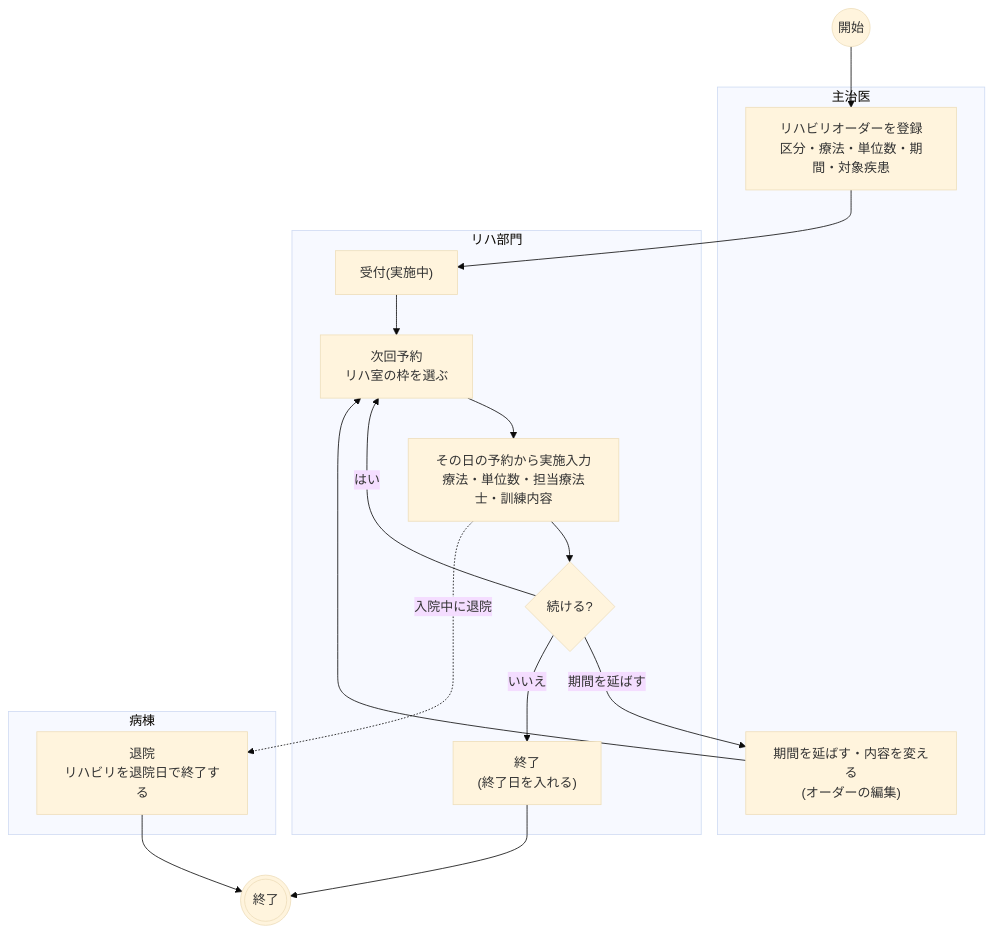
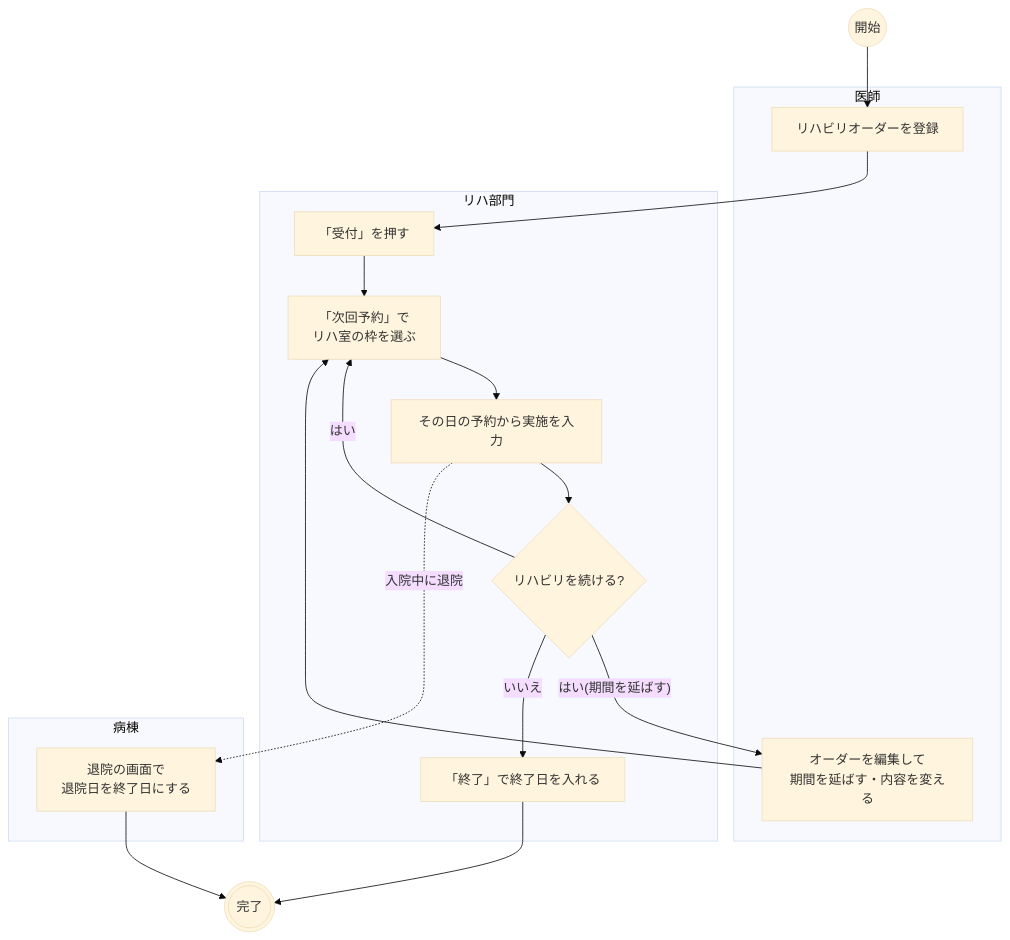
Before and after one commit to ysnr-dev/fhir-client-docs: the first of 5 diagrams in docs/flows/rehab.md, drawn with Mermaid (base theme). The commit also changed other lines of this file and 43 other files, not shown here.

Commit message:
docs: 業務フローとシーケンス図を写し直し

````diff
--- a/docs/flows/rehab.md
+++ b/docs/flows/rehab.md
@@ -43,28 +19,28 @@
 ```mermaid
 flowchart TD
   start(("開始"))
-  finish((("終了")))
+  finish((("完了")))
 
-  subgraph doctor["主治医"]
-    order["リハビリオーダーを登録<br/>区分・療法・単位数・期間・対象疾患"]
-    edit["期間を延ばす・内容を変える<br/>(オーダーの編集)"]
+  subgraph doctor["医師"]
+    order["リハビリオーダーを登録"]
+    edit["オーダーを編集して<br/>期間を延ばす・内容を変える"]
   end
 
   subgraph dept["リハ部門"]
-    accept["受付(実施中)"]
-    book["次回予約<br/>リハ室の枠を選ぶ"]
-    day["その日の予約から実施入力<br/>療法・単位数・担当療法士・訓練内容"]
-    more{"続ける?"}
-    close["終了<br/>(終了日を入れる)"]
+    accept["「受付」を押す"]
+    book["「次回予約」で<br/>リハ室の枠を選ぶ"]
+    day["その日の予約から実施を入力"]
+    more{"リハビリを続ける?"}
+    close["「終了」で終了日を入れる"]
   end
 
   subgraph ward["病棟"]
-    discharge["退院<br/>リハビリを退院日で終了する"]
+    discharge["退院の画面で<br/>退院日を終了日にする"]
   end
 
   start --> order --> accept --> book --> day --> more
   more -- "はい" --> book
-  more -- "期間を延ばす" --> edit --> book
+  more -- "はい(期間を延ばす)" --> edit --> book
   more -- "いいえ" --> close --> finish
   day -. "入院中に退院" .-> discharge --> finish
 ```
````
